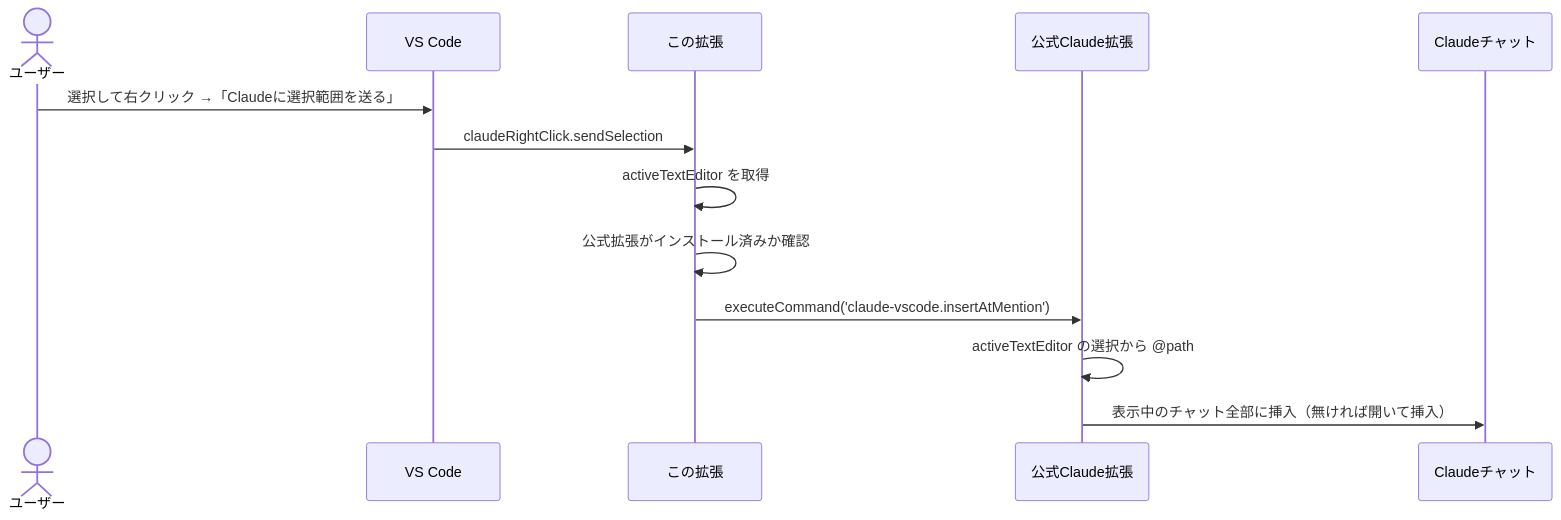
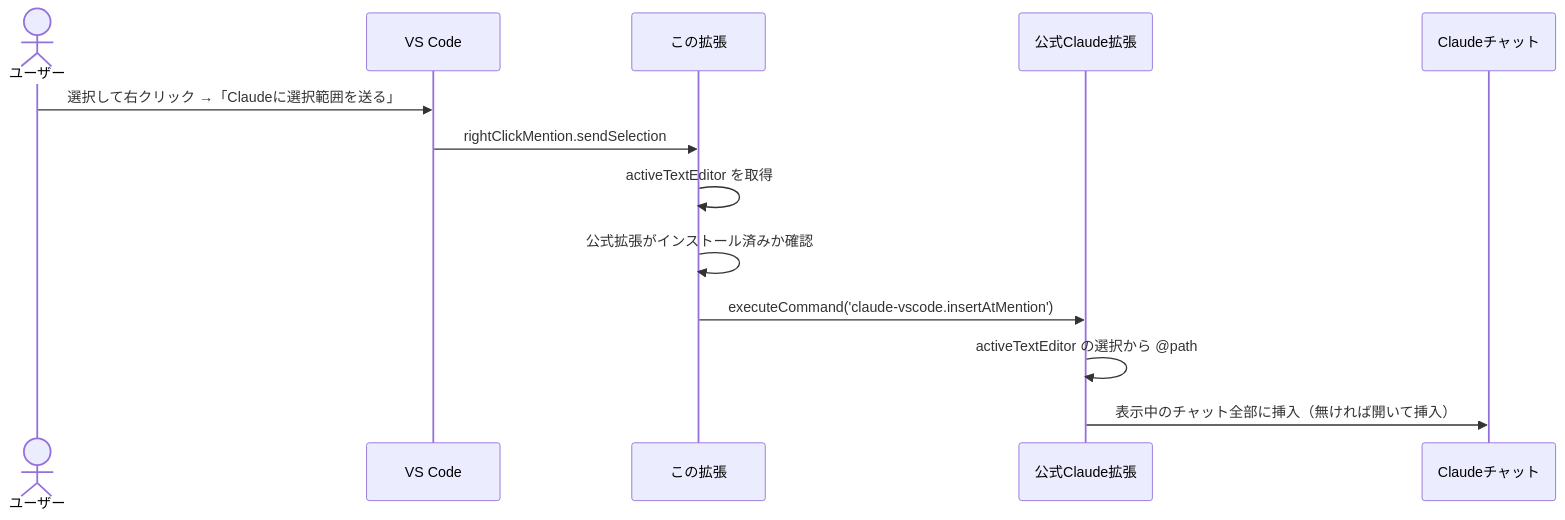
One commit to kip2/refs-to-chat changed the third of 6 diagrams in docs/ARCHITECTURE.md. Above: the diagram before and after it, drawn with Mermaid. The commit also changed other lines of this file and 7 other files, not shown here.

````diff
--- a/docs/ARCHITECTURE.md
+++ b/docs/ARCHITECTURE.md
@@ -120,16 +120,16 @@
 ```mermaid
 sequenceDiagram
   actor U as ユーザー
   participant VS as VS Code
   participant E as この拡張
   participant C as 公式Claude拡張
   participant W as Claudeチャット
 
   U->>VS: 選択して右クリック →「Claudeに選択範囲を送る」
-  VS->>E: claudeRightClick.sendSelection
+  VS->>E: rightClickMention.sendSelection
   E->>E: activeTextEditor を取得
   E->>E: 公式拡張がインストール済みか確認
   E->>C: executeCommand('claude-vscode.insertAtMention')
   C->>C: activeTextEditor の選択から @path#5-10 を作る
   C->>W: 表示中のチャット全部に挿入（無ければ開いて挿入）
 ```
````
